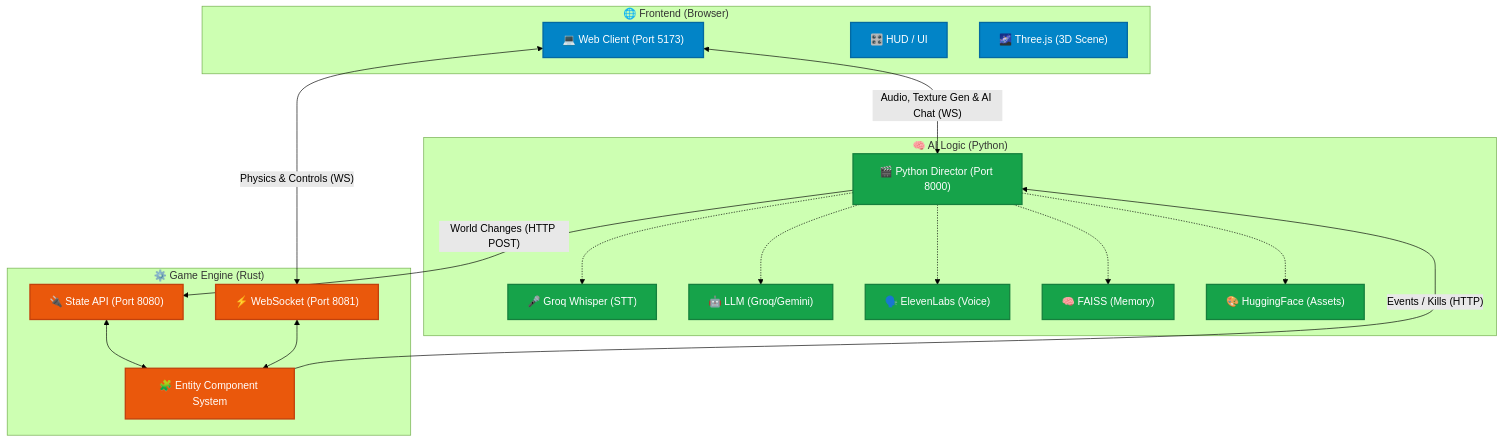
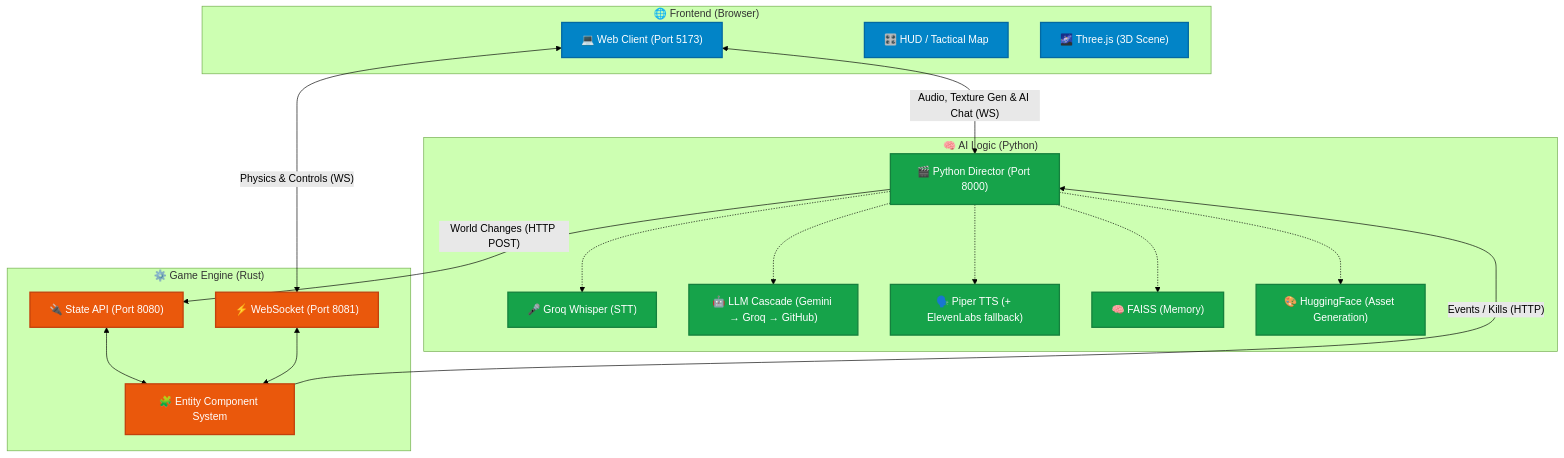
The diagram in README.md (nissimrencohen/ai-starship-odyssey), drawn with Mermaid (forest theme) before and after one commit. The commit also changed other lines of this file and 11 other files, not shown here.

````diff
--- a/README.md
+++ b/README.md
@@ -30,43 +30,43 @@
 ```mermaid
 graph TD
     classDef default fill:#1e293b,stroke:#0f172a,stroke-width:2px,color:#f8fafc;
     classDef browser fill:#0284c7,stroke:#0369a1,stroke-width:2px,color:#ffffff;
     classDef python fill:#16a34a,stroke:#15803d,stroke-width:2px,color:#ffffff;
     classDef rust fill:#ea580c,stroke:#c2410c,stroke-width:2px,color:#ffffff;
 
     subgraph Browser ["🌐 Frontend (Browser)"]
         Client["💻 Web Client (Port 5173)"]:::browser
-        HUD["🎛️ HUD / UI"]:::browser
+        HUD["🎛️ HUD / Tactical Map"]:::browser
         Three["🌌 Three.js (3D Scene)"]:::browser
     end
 
     subgraph AI ["🧠 AI Logic (Python)"]
         Director["🎬 Python Director (Port 8000)"]:::python
         STT["🎤 Groq Whisper (STT)"]:::python
-        LLM["🤖 LLM (Groq/Gemini)"]:::python
-        TTS["🗣️ ElevenLabs (Voice)"]:::python
+        LLM["🤖 LLM Cascade (Gemini → Groq → GitHub)"]:::python
+        TTS["🗣️ Piper TTS (+ ElevenLabs fallback)"]:::python
         Memory["🧠 FAISS (Memory)"]:::python
-        HF["🎨 HuggingFace (Assets)"]:::python
+        HF["🎨 HuggingFace (Asset Generation)"]:::python
     end
 
     subgraph Engine ["⚙️ Game Engine (Rust)"]
         StateAPI["🔌 State API (Port 8080)"]:::rust
         WS["⚡ WebSocket (Port 8081)"]:::rust
         ECS["🧩 Entity Component System"]:::rust
     end
 
     %% Communications
     Client <-->|"Audio, Texture Gen & AI Chat (WS)"| Director
     Client <-->|"Physics & Controls (WS)"| WS
     Director -->|"World Changes (HTTP POST)"| StateAPI
     StateAPI <--> ECS
     WS <--> ECS
     ECS -->|"Events / Kills (HTTP)"| Director
 
     %% Details
     Director -.-> STT
     Director -.-> LLM
     Director -.-> TTS
     Director -.-> Memory
     Director -.-> HF
 ```
````
